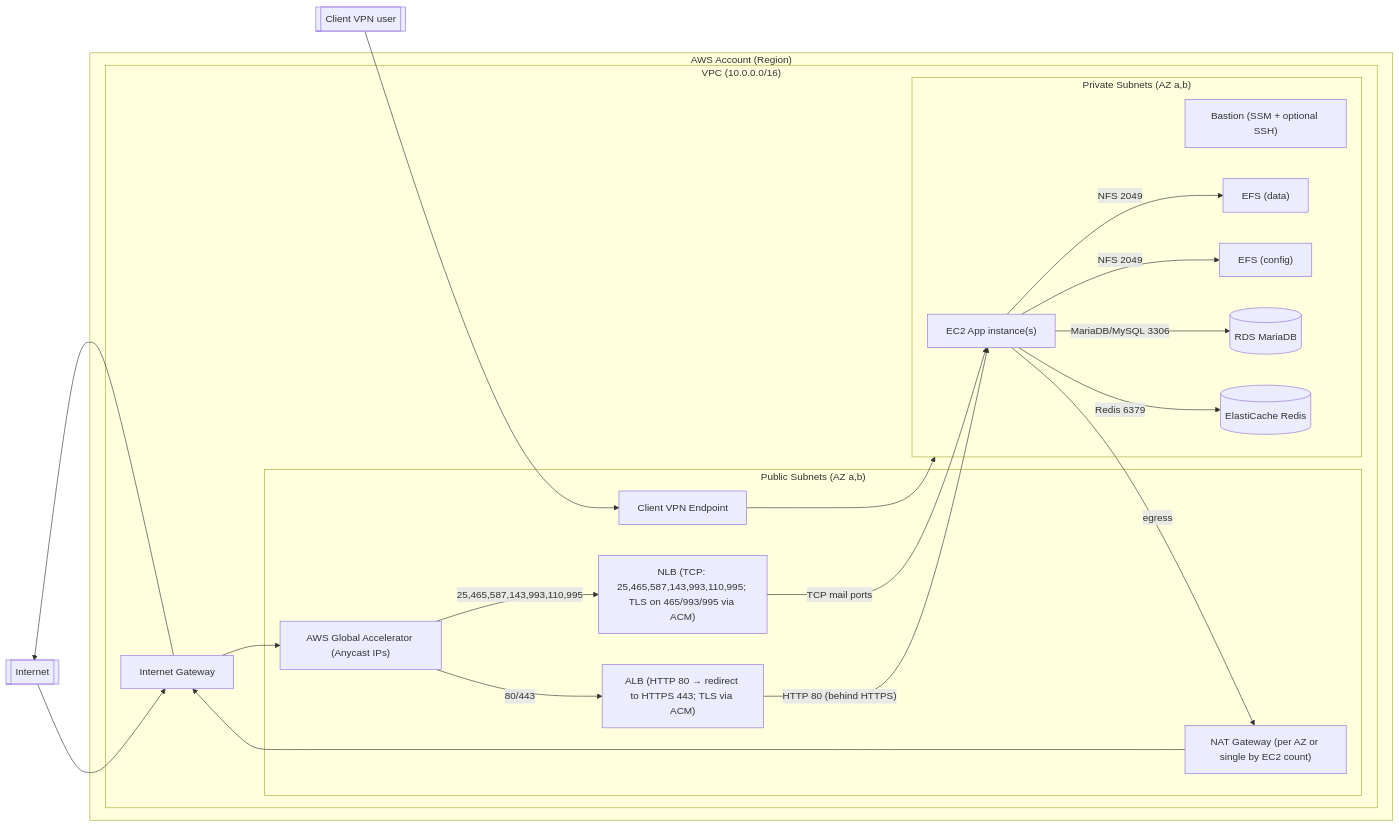
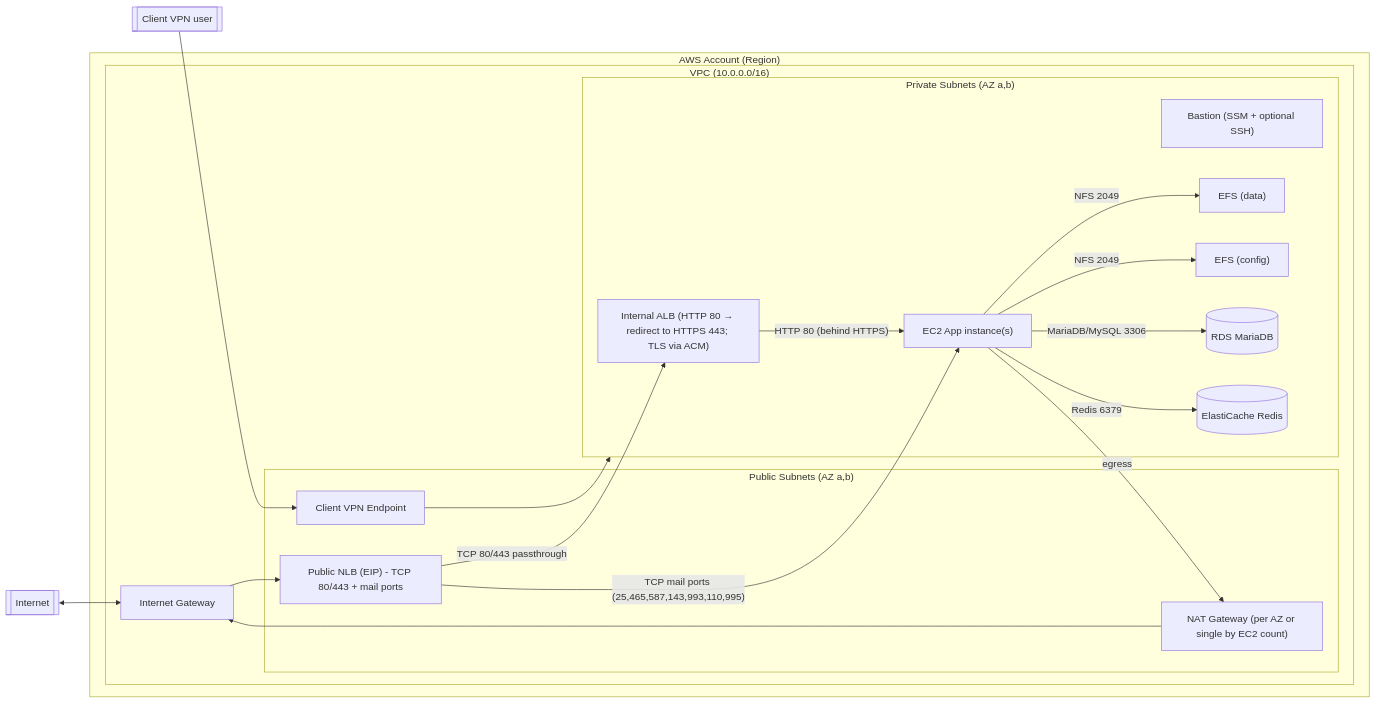
Before and after one commit to spetr/iw-terraform: the diagram in ARCHITECTURE.md, drawn with Mermaid. The commit also changed other lines of this file and 4 other files, not shown here.

````diff
--- a/ARCHITECTURE.md
+++ b/ARCHITECTURE.md
@@ -5,50 +5,49 @@
 ```mermaid
 flowchart LR
   Internet[[Internet]]
   Client[[Client VPN user]]
 
   subgraph AWS["AWS Account (Region)"]
     subgraph VPC["VPC (10.0.0.0/16)"]
       IGW["Internet Gateway"]
 
       subgraph Public["Public Subnets (AZ a,b)"]
-        GA["AWS Global Accelerator (Anycast IPs)"]
-        ALB["ALB (HTTP 80 → redirect to HTTPS 443; TLS via ACM)"]
-        NLB["NLB (TCP: 25,465,587,143,993,110,995; TLS on 465/993/995 via ACM)"]
+        NLB["Public NLB (EIP) - TCP 80/443 + mail ports"]
         NAT["NAT Gateway (per AZ or single by EC2 count)"]
         CVPN["Client VPN Endpoint"]
       end
 
       subgraph Private["Private Subnets (AZ a,b)"]
+        ALB["Internal ALB (HTTP 80 → redirect to HTTPS 443; TLS via ACM)"]
         EC2["EC2 App instance(s)"]
         Bastion["Bastion (SSM + optional SSH)"]
         EFS1["EFS (data)"]
         EFS2["EFS (config)"]
         RDS[("RDS MariaDB")]
         Redis[("ElastiCache Redis")]
       end
     end
   end
 
+  Internet <--> IGW
+
   %% Inbound from Internet
-  Internet --> IGW
-  IGW --> GA
-  GA -->|80/443| ALB
-  GA -->|25,465,587,143,993,110,995| NLB
+  IGW --> NLB
+  NLB -->|"TCP 80/443 passthrough"| ALB
+  NLB -->|"TCP mail ports (25,465,587,143,993,110,995)"| EC2
 
   %% Load balancer to EC2
   ALB -->|"HTTP 80 (behind HTTPS)"| EC2
-  NLB -->|"TCP mail ports"| EC2
 
   %% East-west inside VPC
   EC2 -- "NFS 2049" --> EFS1
   EC2 -- "NFS 2049" --> EFS2
   EC2 -->|"MariaDB/MySQL 3306"| RDS
   EC2 -->|"Redis 6379"| Redis
 
   %% Egress
-  EC2 -->|egress| NAT --> IGW --> Internet
+  EC2 -->|egress| NAT --> IGW
 
   %% VPN access into VPC
   Client --> CVPN --> Private
 ```
````
